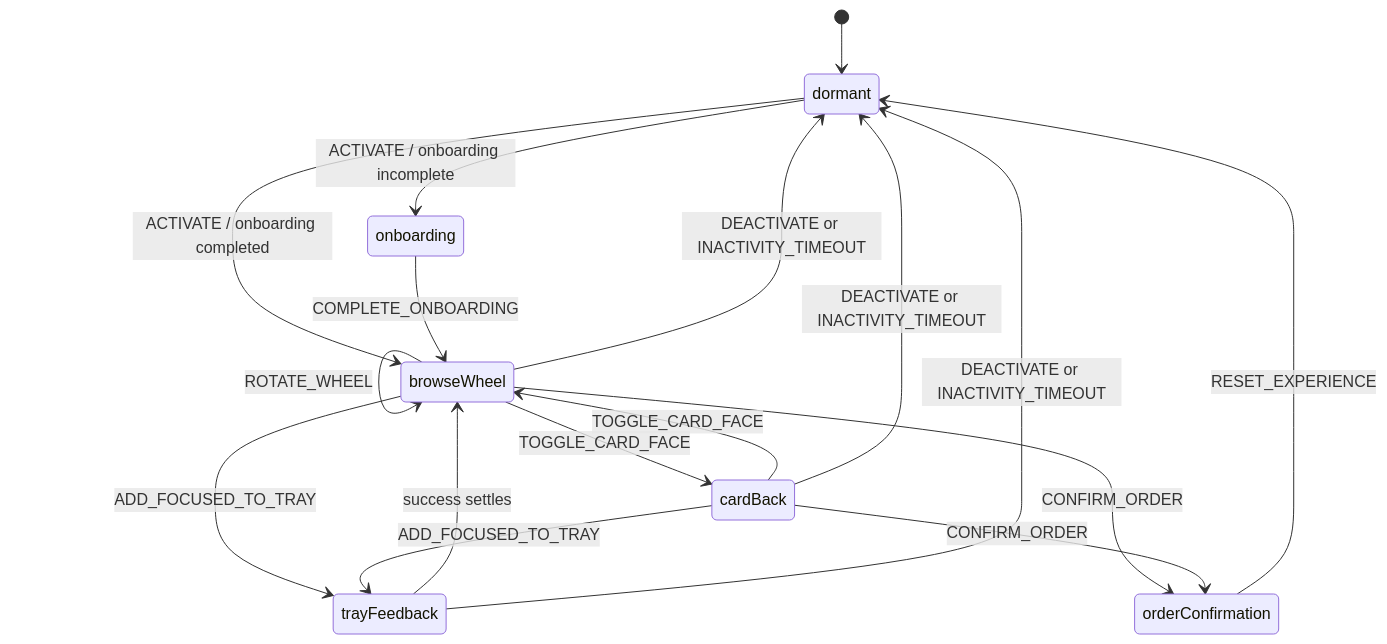
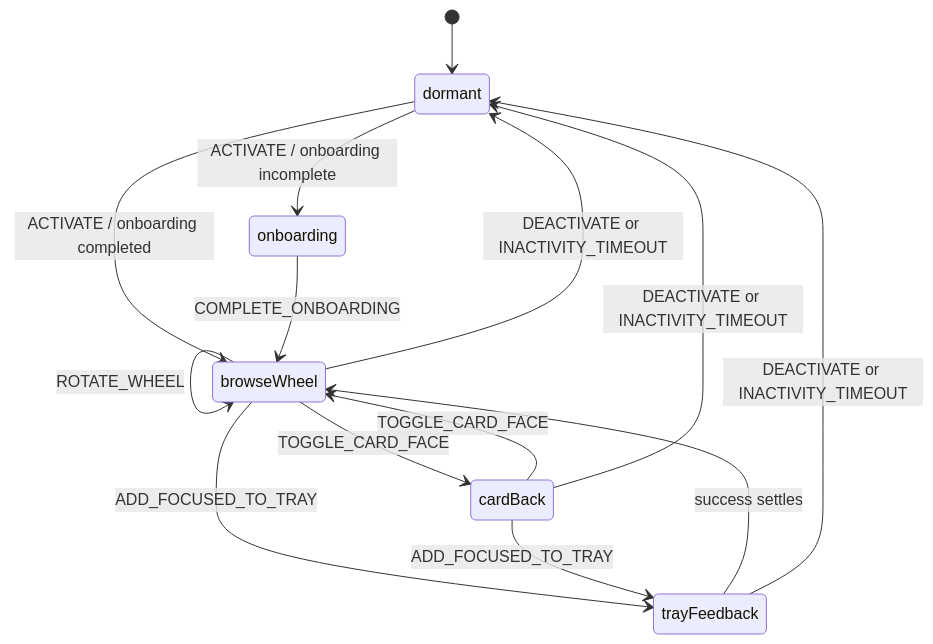
The diagram in docs/interaction-model.md (andreasbbusk/gedulgt-menu), drawn with Mermaid before and after one commit. The commit also changed other lines of this file and 5 other files, not shown here.

Commit message:
docs(table): align docs with tray-only flow

````diff
--- a/docs/interaction-model.md
+++ b/docs/interaction-model.md
@@ -7,19 +7,16 @@
 ```mermaid
 stateDiagram-v2
   [*] --> dormant
   dormant --> onboarding: ACTIVATE / onboarding incomplete
   dormant --> browseWheel: ACTIVATE / onboarding completed
   onboarding --> browseWheel: COMPLETE_ONBOARDING
   browseWheel --> browseWheel: ROTATE_WHEEL
   browseWheel --> cardBack: TOGGLE_CARD_FACE
   cardBack --> browseWheel: TOGGLE_CARD_FACE
   browseWheel --> trayFeedback: ADD_FOCUSED_TO_TRAY
   cardBack --> trayFeedback: ADD_FOCUSED_TO_TRAY
   trayFeedback --> browseWheel: success settles
-  browseWheel --> orderConfirmation: CONFIRM_ORDER
-  cardBack --> orderConfirmation: CONFIRM_ORDER
-  orderConfirmation --> dormant: RESET_EXPERIENCE
   browseWheel --> dormant: DEACTIVATE or INACTIVITY_TIMEOUT
   cardBack --> dormant: DEACTIVATE or INACTIVITY_TIMEOUT
   trayFeedback --> dormant: DEACTIVATE or INACTIVITY_TIMEOUT
 ```
````
